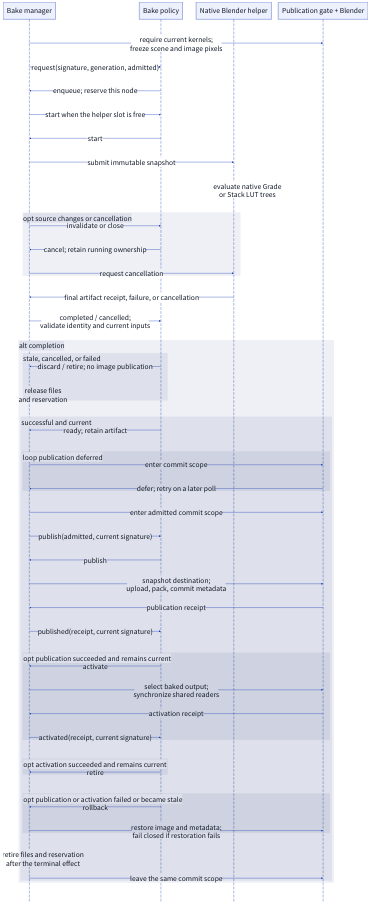
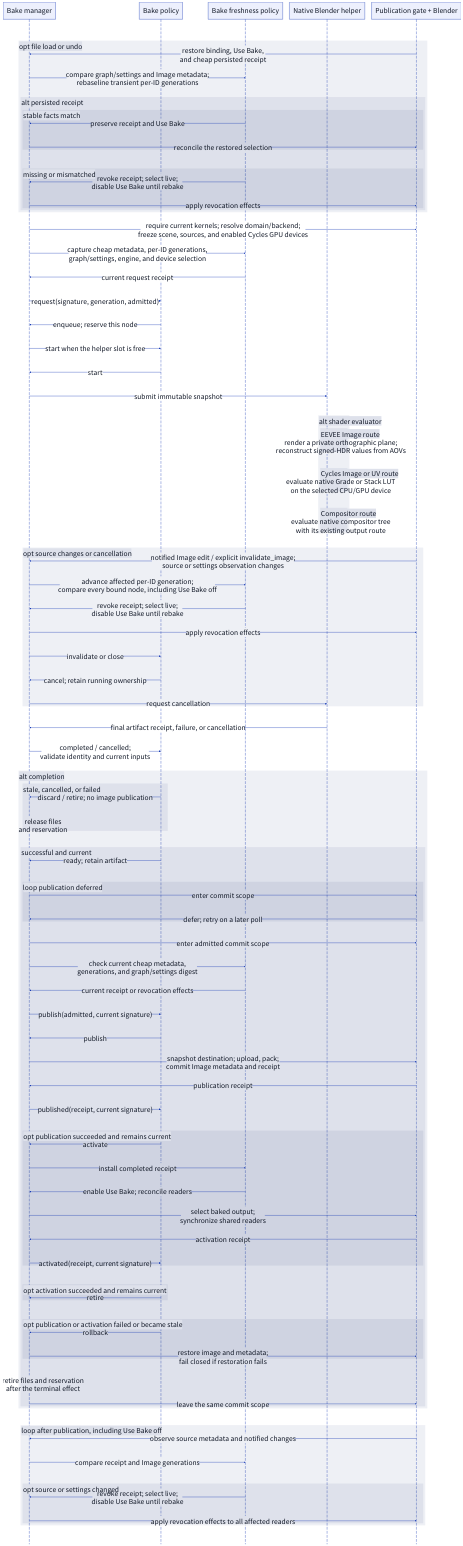
Before and after one commit to rei277hz/chromaticity: the diagram in products/perceptual-grade-book/docs/book/diagrams/09-bake-sequence.d2, drawn with D2. The commit also changed 51 other files, not shown here.

```diff
--- a/products/perceptual-grade-book/docs/book/diagrams/09-bake-sequence.d2
+++ b/products/perceptual-grade-book/docs/book/diagrams/09-bake-sequence.d2
@@ -1,62 +1,105 @@
 shape: sequence_diagram
 
 manager: "Bake manager"
 policy: "Bake policy"
+freshness: "Bake freshness policy"
 helper: "Native Blender helper"
 host: "Publication gate + Blender"
 
-manager -> host: "require current kernels;\nfreeze scene and image pixels"
+opt file load or undo: {
+  host -> manager: "restore binding, Use Bake,\nand cheap persisted receipt"
+  manager -> freshness: "compare graph/settings and Image metadata;\nrebaseline transient per-ID generations"
+  alt persisted receipt: {
+    matching: "stable facts match" {
+      freshness -> manager: "preserve receipt and Use Bake"
+      manager -> host: "reconcile the restored selection"
+    }
+    changed: "missing or mismatched" {
+      freshness -> manager: "revoke receipt; select live;\ndisable Use Bake until rebake"
+      manager -> host: "apply revocation effects"
+    }
+  }
+}
+manager -> host: "require current kernels; resolve domain/backend;\nfreeze scene, sources, and enabled Cycles GPU devices"
+manager -> freshness: "capture cheap metadata, per-ID generations,\ngraph/settings, engine, and device selection"
+freshness -> manager: "current request receipt"
 manager -> policy: "request(signature, generation, admitted)"
 policy -> manager: "enqueue; reserve this node"
 manager -> policy: "start when the helper slot is free"
 policy -> manager: "start"
 manager -> helper: "submit immutable snapshot"
-helper -> helper: "evaluate native Grade\nor Stack LUT trees"
+alt shader evaluator: {
+  eevee_image: "EEVEE Image route" {
+    helper -> helper: "render a private orthographic plane;\nreconstruct signed-HDR values from AOVs"
+  }
+  cycles_shader: "Cycles Image or UV route" {
+    helper -> helper: "evaluate native Grade or Stack LUT\non the selected CPU/GPU device"
+  }
+  compositor: "Compositor route" {
+    helper -> helper: "evaluate native compositor tree\nwith its existing output route"
+  }
+}
 opt source changes or cancellation: {
+  host -> manager: "notified Image edit / explicit invalidate_image;\nsource or settings observation changes"
+  manager -> freshness: "advance affected per-ID generation;\ncompare every bound node, including Use Bake off"
+  freshness -> manager: "revoke receipt; select live;\ndisable Use Bake until rebake"
+  manager -> host: "apply revocation effects"
   manager -> policy: "invalidate or close"
   policy -> manager: "cancel; retain running ownership"
   manager -> helper: "request cancellation"
 }
 helper -> manager: "final artifact receipt, failure, or cancellation"
 manager -> policy: "completed / cancelled;\nvalidate identity and current inputs"
 alt completion: {
   obsolete: "stale, cancelled, or failed" {
     policy -> manager: "discard / retire; no image publication"
     manager -> manager: "release files\nand reservation"
   }
   current: "successful and current" {
     policy -> manager: "ready; retain artifact"
     loop publication deferred: {
       manager -> host: "enter commit scope"
       host -> manager: "defer; retry on a later poll"
     }
     manager -> host: "enter admitted commit scope"
+    manager -> freshness: "check current cheap metadata,\ngenerations, and graph/settings digest"
+    freshness -> manager: "current receipt or revocation effects"
     manager -> policy: "publish(admitted, current signature)"
     policy -> manager: "publish"
-    manager -> host: "snapshot destination;\nupload, pack, commit metadata"
+    manager -> host: "snapshot destination; upload, pack;\ncommit Image metadata and receipt"
     host -> manager: "publication receipt"
     manager -> policy: "published(receipt, current signature)"
     opt publication succeeded and remains current: {
       policy -> manager: "activate"
+      manager -> freshness: "install completed receipt"
+      freshness -> manager: "enable Use Bake; reconcile readers"
       manager -> host: "select baked output;\nsynchronize shared readers"
       host -> manager: "activation receipt"
       manager -> policy: "activated(receipt, current signature)"
     }
     opt activation succeeded and remains current: {
       policy -> manager: "retire"
     }
     opt publication or activation failed or became stale: {
       policy -> manager: "rollback"
       manager -> host: "restore image and metadata;\nfail closed if restoration fails"
     }
     manager -> manager: "retire files and reservation\nafter the terminal effect"
     manager -> host: "leave the same commit scope"
   }
 }
+loop after publication, including Use Bake off: {
+  host -> manager: "observe source metadata and notified changes"
+  manager -> freshness: "compare receipt and Image generations"
+  opt source or settings changed: {
+    freshness -> manager: "revoke receipt; select live;\ndisable Use Bake until rebake"
+    manager -> host: "apply revocation effects to all affected readers"
+  }
+}
 
 **.style.font-size: 44
 (** -> **)[*].style.font-size: 44
 **.style.font-color: "#111827"
 **.style.italic: false
 (** -> **)[*].style.font-color: "#111827"
 (** -> **)[*].style.italic: false
```
